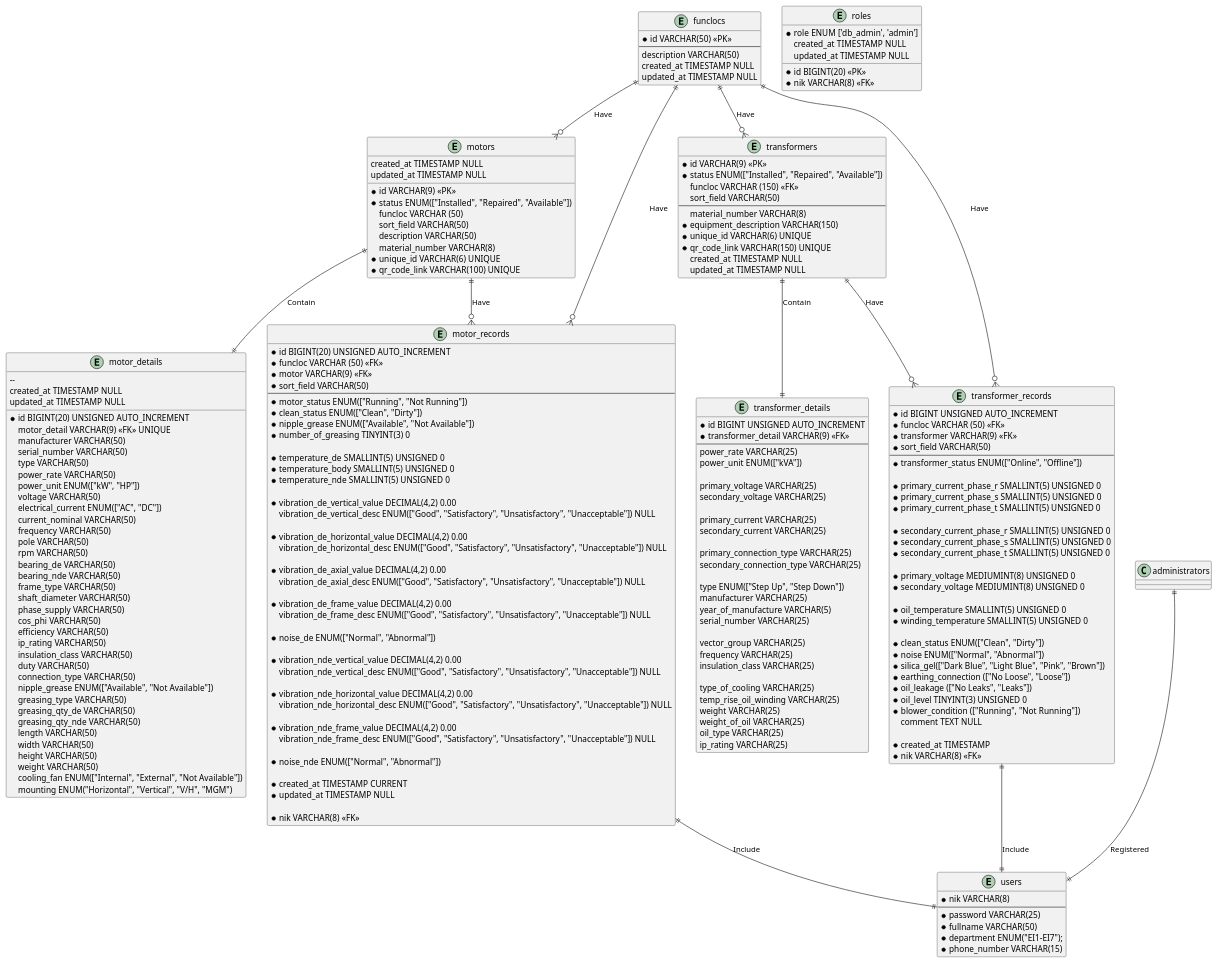
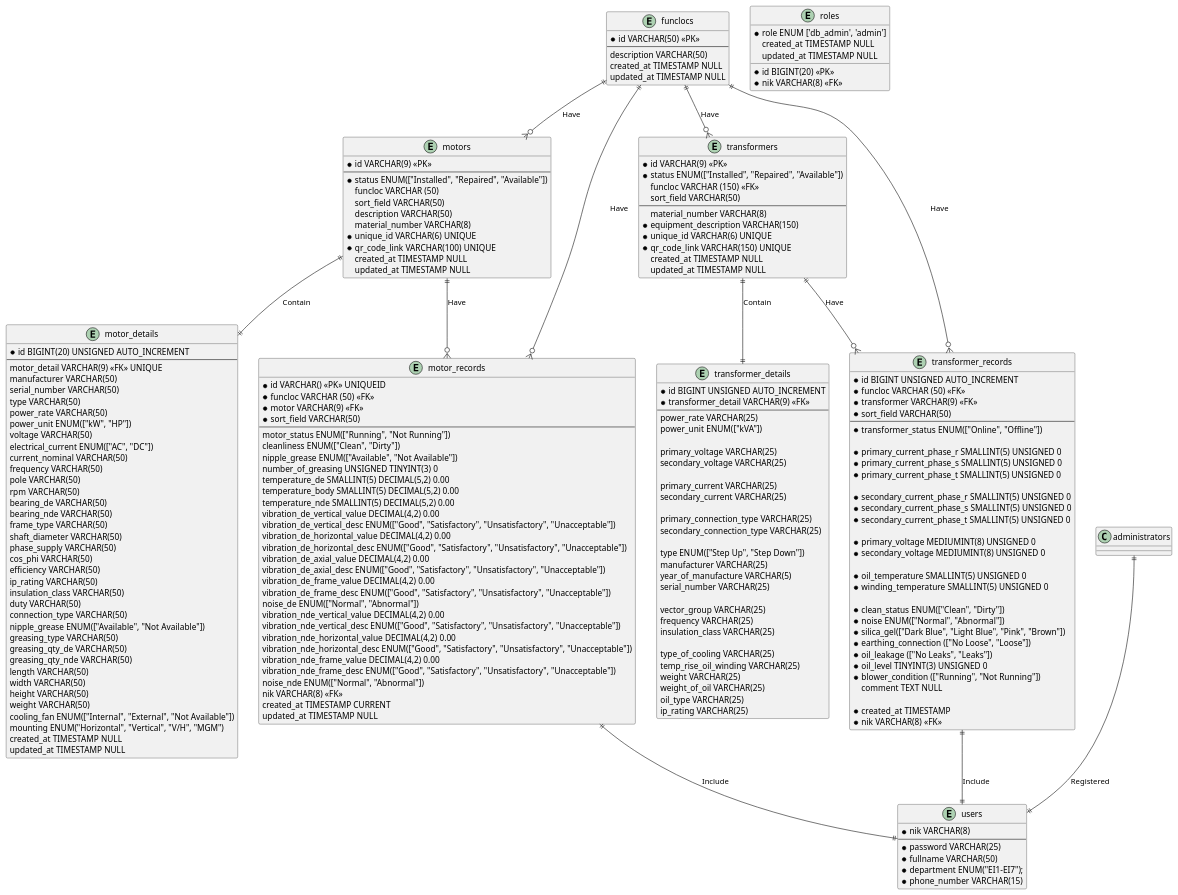
Before and after one commit to doniduaasattuu/fajar-e-maintenance: the diagram in docs/fajar_e_maintenance.puml, drawn with PlantUML. The commit also changed 5 other files, not shown here.

```diff
--- a/docs/fajar_e_maintenance.puml
+++ b/docs/fajar_e_maintenance.puml
@@ -12,6 +12,7 @@
 entity motors
 {
     * id VARCHAR(9) <<PK>>
+    --
     * status ENUM(["Installed", "Repaired", "Available"])
       funcloc VARCHAR (50)
       sort_field VARCHAR(50)
@@ -25,8 +26,8 @@
 
 entity motor_details {
   * id BIGINT(20) UNSIGNED AUTO_INCREMENT
+  --
     motor_detail VARCHAR(9) <<FK>> UNIQUE
-    --
     manufacturer VARCHAR(50)
     serial_number VARCHAR(50)
     type VARCHAR(50)
@@ -64,49 +65,37 @@
 }
 
 entity motor_records {
-    * id BIGINT(20) UNSIGNED AUTO_INCREMENT
+    * id VARCHAR() <<PK>> UNIQUEID
     * funcloc VARCHAR (50) <<FK>>
     * motor VARCHAR(9) <<FK>>
     * sort_field VARCHAR(50)
     --
-    * motor_status ENUM(["Running", "Not Running"])
-    * clean_status ENUM(["Clean", "Dirty"])
-    * nipple_grease ENUM(["Available", "Not Available"])
-    * number_of_greasing TINYINT(3) 0
-
-    * temperature_de SMALLINT(5) UNSIGNED 0
-    * temperature_body SMALLINT(5) UNSIGNED 0
-    * temperature_nde SMALLINT(5) UNSIGNED 0
-      
-    * vibration_de_vertical_value DECIMAL(4,2) 0.00
-      vibration_de_vertical_desc ENUM(["Good", "Satisfactory", "Unsatisfactory", "Unacceptable"]) NULL
-     
-    * vibration_de_horizontal_value DECIMAL(4,2) 0.00
-      vibration_de_horizontal_desc ENUM(["Good", "Satisfactory", "Unsatisfactory", "Unacceptable"]) NULL
-     
-    * vibration_de_axial_value DECIMAL(4,2) 0.00
-      vibration_de_axial_desc ENUM(["Good", "Satisfactory", "Unsatisfactory", "Unacceptable"]) NULL
-     
-    * vibration_de_frame_value DECIMAL(4,2) 0.00
-      vibration_de_frame_desc ENUM(["Good", "Satisfactory", "Unsatisfactory", "Unacceptable"]) NULL
-      
-    * noise_de ENUM(["Normal", "Abnormal"])
-
-    * vibration_nde_vertical_value DECIMAL(4,2) 0.00
-      vibration_nde_vertical_desc ENUM(["Good", "Satisfactory", "Unsatisfactory", "Unacceptable"]) NULL
-     
-    * vibration_nde_horizontal_value DECIMAL(4,2) 0.00
-      vibration_nde_horizontal_desc ENUM(["Good", "Satisfactory", "Unsatisfactory", "Unacceptable"]) NULL
-          
-    * vibration_nde_frame_value DECIMAL(4,2) 0.00
-      vibration_nde_frame_desc ENUM(["Good", "Satisfactory", "Unsatisfactory", "Unacceptable"]) NULL
-      
-    * noise_nde ENUM(["Normal", "Abnormal"])
-
-    * created_at TIMESTAMP CURRENT
-    * updated_at TIMESTAMP NULL
-
-    * nik VARCHAR(8) <<FK>>
+      motor_status ENUM(["Running", "Not Running"])
+      cleanliness ENUM(["Clean", "Dirty"])
+      nipple_grease ENUM(["Available", "Not Available"])
+      number_of_greasing UNSIGNED TINYINT(3) 0
+      temperature_de SMALLINT(5) DECIMAL(5,2) 0.00
+      temperature_body SMALLINT(5) DECIMAL(5,2) 0.00
+      temperature_nde SMALLINT(5) DECIMAL(5,2) 0.00    
+      vibration_de_vertical_value DECIMAL(4,2) 0.00
+      vibration_de_vertical_desc ENUM(["Good", "Satisfactory", "Unsatisfactory", "Unacceptable"]) 
+      vibration_de_horizontal_value DECIMAL(4,2) 0.00
+      vibration_de_horizontal_desc ENUM(["Good", "Satisfactory", "Unsatisfactory", "Unacceptable"]) 
+      vibration_de_axial_value DECIMAL(4,2) 0.00
+      vibration_de_axial_desc ENUM(["Good", "Satisfactory", "Unsatisfactory", "Unacceptable"])  
+      vibration_de_frame_value DECIMAL(4,2) 0.00
+      vibration_de_frame_desc ENUM(["Good", "Satisfactory", "Unsatisfactory", "Unacceptable"]) 
+      noise_de ENUM(["Normal", "Abnormal"])
+      vibration_nde_vertical_value DECIMAL(4,2) 0.00
+      vibration_nde_vertical_desc ENUM(["Good", "Satisfactory", "Unsatisfactory", "Unacceptable"]) 
+      vibration_nde_horizontal_value DECIMAL(4,2) 0.00
+      vibration_nde_horizontal_desc ENUM(["Good", "Satisfactory", "Unsatisfactory", "Unacceptable"])   
+      vibration_nde_frame_value DECIMAL(4,2) 0.00
+      vibration_nde_frame_desc ENUM(["Good", "Satisfactory", "Unsatisfactory", "Unacceptable"])   
+      noise_nde ENUM(["Normal", "Abnormal"])
+      nik VARCHAR(8) <<FK>>
+      created_at TIMESTAMP CURRENT
+      updated_at TIMESTAMP NULL
 }
 
 entity users {
```
